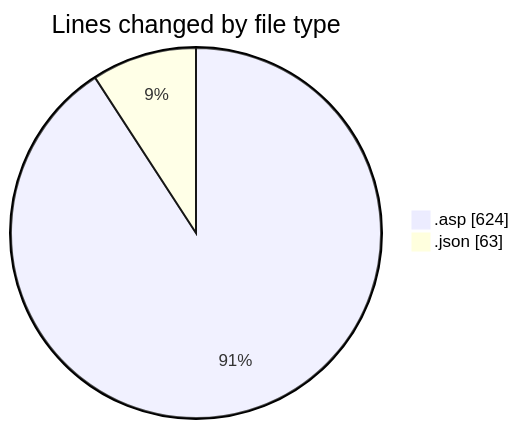
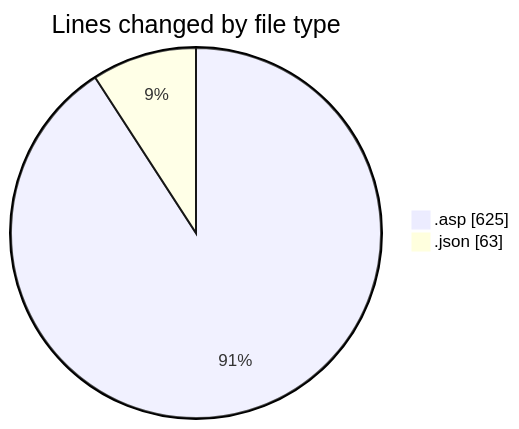
The first of 2 diagrams in 2025-10-20/usr_aleoudev_fr__workspace_/README.md (julien-gomy/code-tracking), drawn with Mermaid before and after one commit. The commit also changed other lines of this file and 1 other file, not shown here.

````diff
--- a/2025-10-20/usr_aleoudev_fr__workspace_/README.md
+++ b/2025-10-20/usr_aleoudev_fr__workspace_/README.md
@@ -22,6 +22,6 @@
 ```mermaid
 pie showData
 title Lines changed by file type
-".asp" : 624
+".asp" : 625
 ".json" : 63
 ```
````
